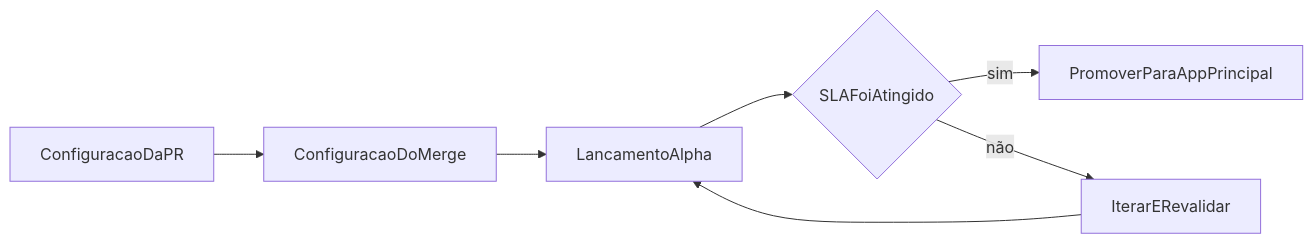
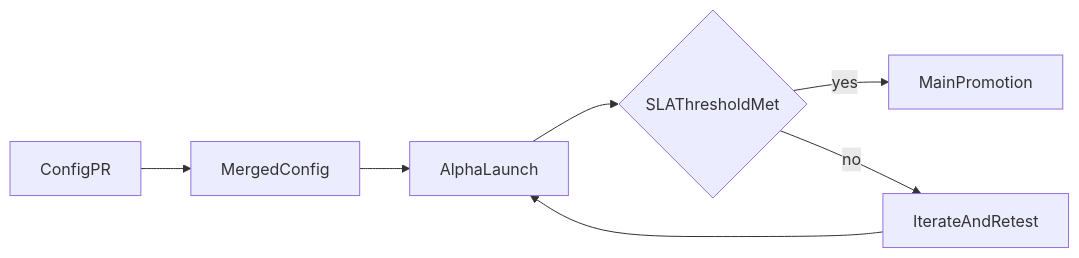
The diagram in translations/pt/for-builders/global-currency-expansion.md (uditstocks/docs.p2pdotme), drawn with Mermaid before and after one commit. The commit also changed other lines of this file and 263 other files, not shown here.

````diff
--- a/translations/pt/for-builders/global-currency-expansion.md
+++ b/translations/pt/for-builders/global-currency-expansion.md
@@ -14,9 +14,9 @@
 ```mermaid
 flowchart LR
-    pr[ConfiguracaoDaPR] --> merge[ConfiguracaoDoMerge]
-    merge --> alpha[LancamentoAlpha]
-    alpha --> sla{SLAFoiAtingido}
-    sla -->|sim| main[PromoverParaAppPrincipal]
-    sla -->|não| iterate[IterarERevalidar]
+    pr[ConfigPR] --> merge[MergedConfig]
+    merge --> alpha[AlphaLaunch]
+    alpha --> sla{SLAThresholdMet}
+    sla -->|yes| main[MainPromotion]
+    sla -->|no| iterate[IterateAndRetest]
     iterate --> alpha
 ```
````
